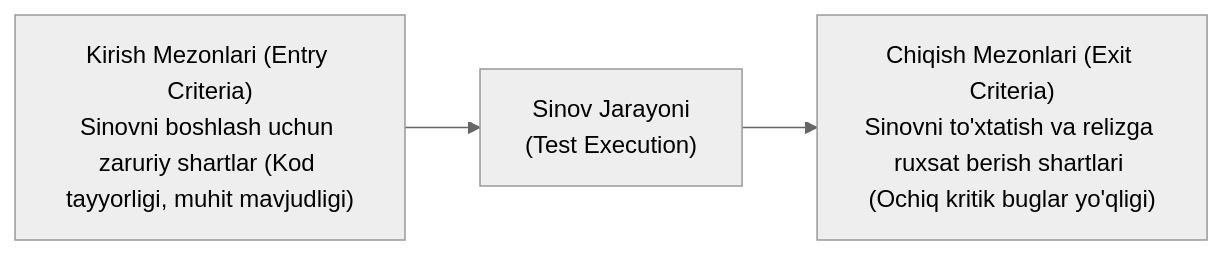
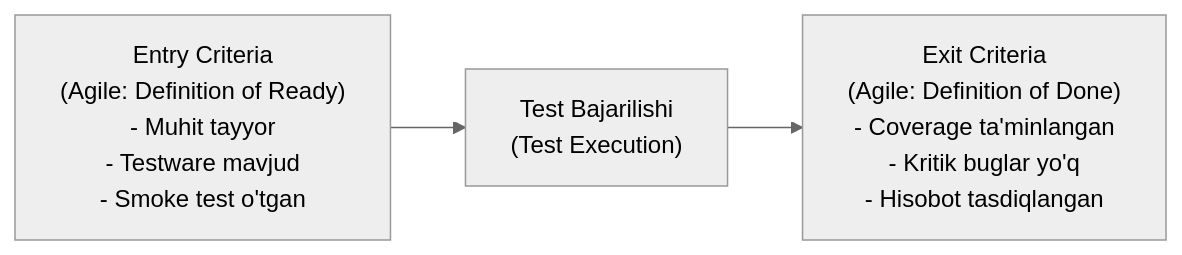
The third of 12 diagrams in app/docs/istqb-foundation/managing-the-test-activities/page.mdx (Ergashov15/qa-uzbekistan), drawn with Mermaid (neutral theme) before and after one commit. The commit also changed other lines of this file and 5 other files, not shown here.

````diff
--- a/app/docs/istqb-foundation/managing-the-test-activities/page.mdx
+++ b/app/docs/istqb-foundation/managing-the-test-activities/page.mdx
@@ -13,6 +325,6 @@
 ```mermaid
 flowchart LR
-    Entry["Kirish Mezonlari (Entry Criteria)\nSinovni boshlash uchun zaruriy shartlar (Kod tayyorligi, muhit mavjudligi)"]
-    --> TestExec["Sinov Jarayoni\n(Test Execution)"]
-    --> Exit["Chiqish Mezonlari (Exit Criteria)\nSinovni to'xtatish va relizga ruxsat berish shartlari (Ochiq kritik buglar yo'qligi)"]
+    DoR["Entry Criteria\n(Agile: Definition of Ready)\n- Muhit tayyor\n- Testware mavjud\n- Smoke test o'tgan"]
+    --> Test["Test Bajarilishi\n(Test Execution)"]
+    --> DoD["Exit Criteria\n(Agile: Definition of Done)\n- Coverage ta'minlangan\n- Kritik buglar yo'q\n- Hisobot tasdiqlangan"]
 ```
````
